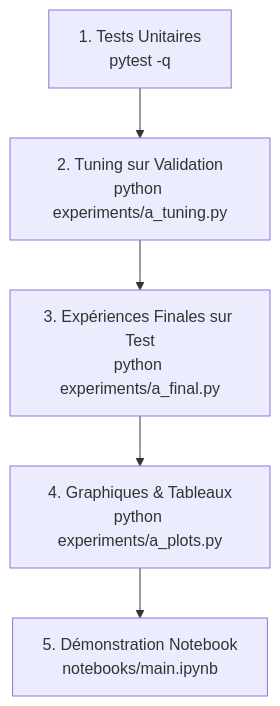
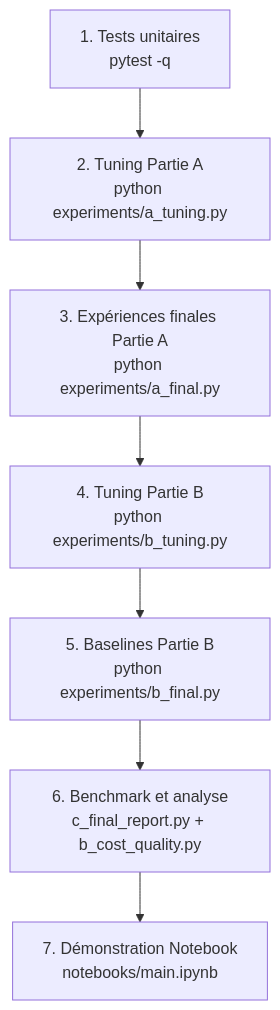
One commit to elhichamihidaya/recommatrix-movie-recommender changed the diagram in GUIDE_EXECUTION.md. Above: the diagram before and after it, drawn with Mermaid. The commit also changed other lines of this file and 77 other files, not shown here.

````diff
--- a/GUIDE_EXECUTION.md
+++ b/GUIDE_EXECUTION.md
@@ -60,7 +63,9 @@
 ```mermaid
 flowchart TD
-    T["1. Tests Unitaires\npytest -q"] --> S1["2. Tuning sur Validation\npython experiments/a_tuning.py"]
-    S1 --> S2["3. Expériences Finales sur Test\npython experiments/a_final.py"]
-    S2 --> S3["4. Graphiques & Tableaux\npython experiments/a_plots.py"]
-    S3 --> N["5. Démonstration Notebook\nnotebooks/main.ipynb"]
+    T["1. Tests unitaires\npytest -q"] --> S1["2. Tuning Partie A\npython experiments/a_tuning.py"]
+    S1 --> S2["3. Expériences finales Partie A\npython experiments/a_final.py"]
+    S2 --> B1["4. Tuning Partie B\npython experiments/b_tuning.py"]
+    B1 --> B2["5. Baselines Partie B\npython experiments/b_final.py"]
+    B2 --> R["6. Benchmark et analyse\nc_final_report.py + b_cost_quality.py"]
+    R --> N["7. Démonstration Notebook\nnotebooks/main.ipynb"]
 ```
````
